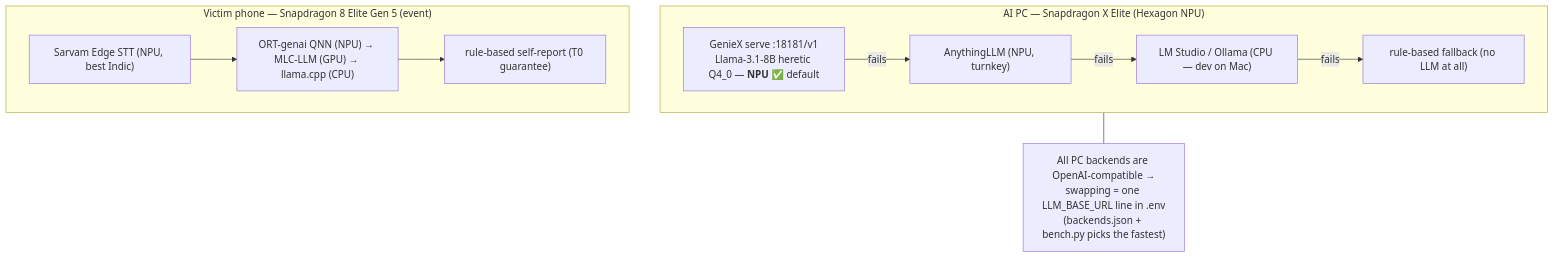
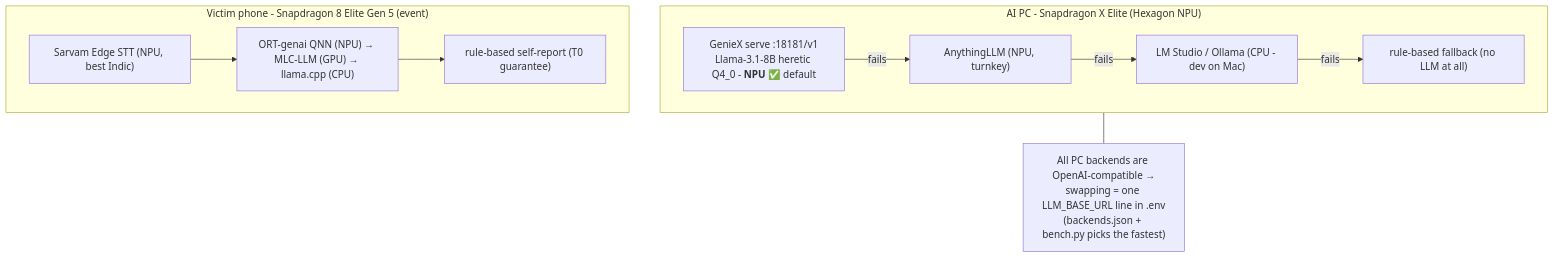
One commit to Kesav2k04/Sankat-Mochan changed the fifth of 6 diagrams in docs/ARCHITECTURE-DIAGRAM.md. Above: the diagram before and after it, drawn with Mermaid. The commit also changed other lines of this file and 111 other files, not shown here.

````diff
--- a/docs/ARCHITECTURE-DIAGRAM.md
+++ b/docs/ARCHITECTURE-DIAGRAM.md
@@ -174,18 +174,18 @@
 ```mermaid
 flowchart TB
-    subgraph PC["AI PC — Snapdragon X Elite (Hexagon NPU)"]
-        G["GenieX serve :18181/v1<br/>Llama-3.1-8B heretic Q4_0 — <b>NPU</b> ✅ default"]
+    subgraph PC["AI PC - Snapdragon X Elite (Hexagon NPU)"]
+        G["GenieX serve :18181/v1<br/>Llama-3.1-8B heretic Q4_0 - <b>NPU</b> ✅ default"]
         A2["AnythingLLM (NPU, turnkey)"]
-        L["LM Studio / Ollama (CPU — dev on Mac)"]
+        L["LM Studio / Ollama (CPU - dev on Mac)"]
         RB["rule-based fallback (no LLM at all)"]
         G -->|fails| A2 -->|fails| L -->|fails| RB
     end
-    subgraph PH["Victim phone — Snapdragon 8 Elite Gen 5 (event)"]
+    subgraph PH["Victim phone - Snapdragon 8 Elite Gen 5 (event)"]
         S1["Sarvam Edge STT (NPU, best Indic)"]
         S2["ORT-genai QNN (NPU) → MLC-LLM (GPU) → llama.cpp (CPU)"]
         S3["rule-based self-report (T0 guarantee)"]
         S1 --> S2 --> S3
     end
     NOTE["All PC backends are OpenAI-compatible →<br/>swapping = one LLM_BASE_URL line in .env<br/>(backends.json + bench.py picks the fastest)"]
     PC --- NOTE
 ```
````
